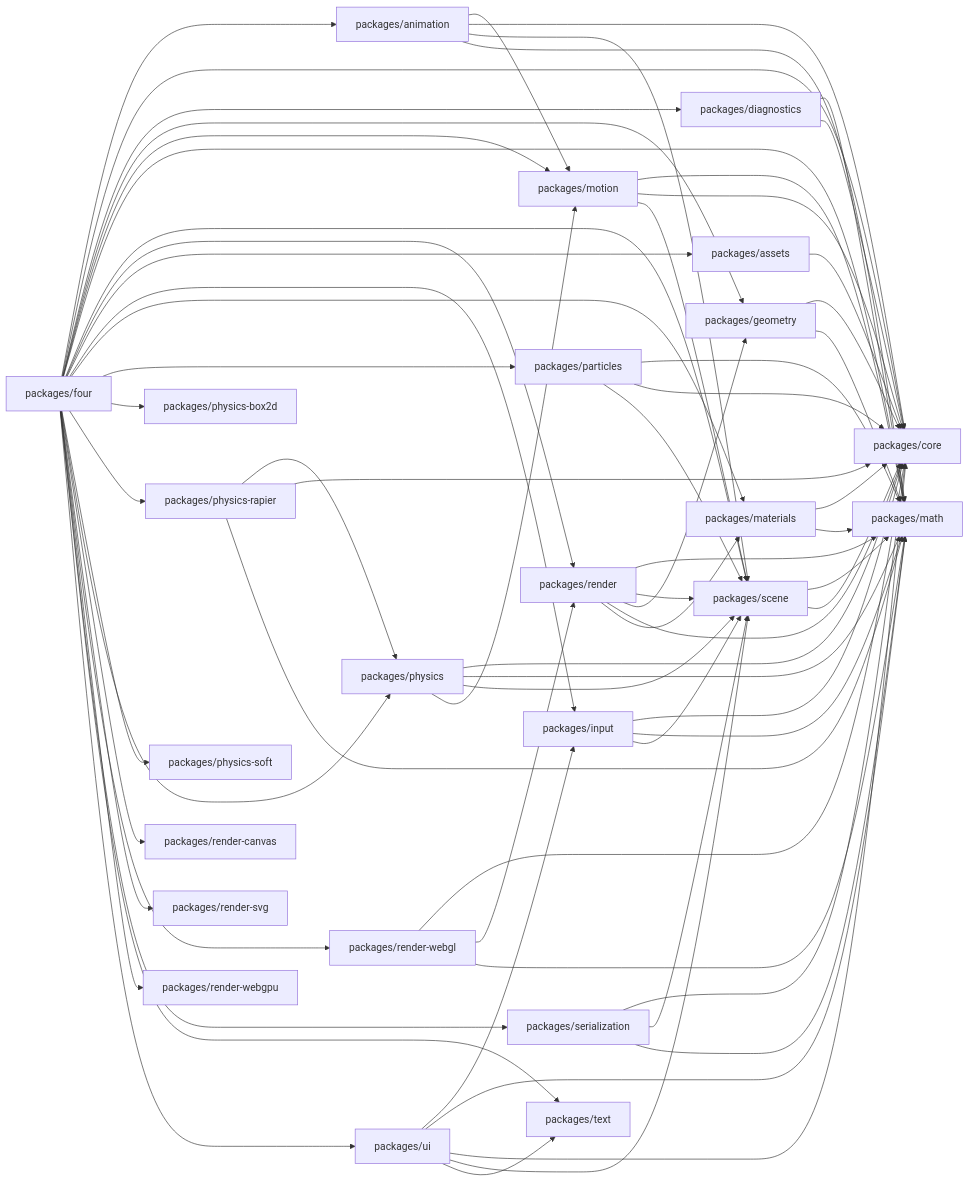
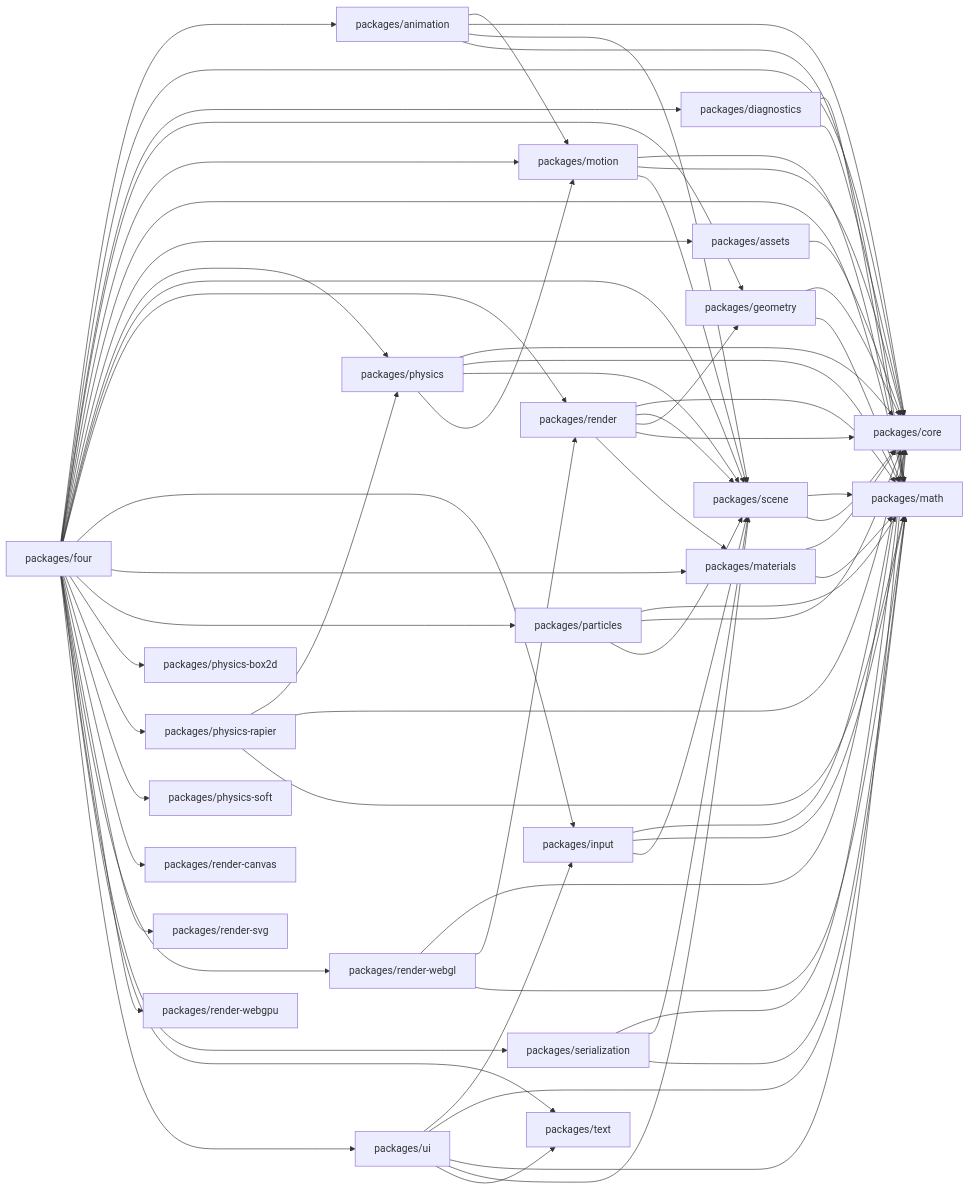
One commit to danielsimonjr/four.js changed the first of 2 diagrams in docs/Architecture/DEPENDENCY_GRAPH.md. Above: the diagram before and after it, drawn with Mermaid. The commit also changed other lines of this file and 21 other files, not shown here.

```diff
--- a/docs/Architecture/DEPENDENCY_GRAPH.md
+++ b/docs/Architecture/DEPENDENCY_GRAPH.md
@@ -144,16 +144,16 @@
     P4 --> P5
     P4 --> P9
     P4 --> P8
+    P4 --> P1
+    P4 --> P11
     P4 --> P20
     P4 --> P15
-    P4 --> P1
     P4 --> P6
     P4 --> P7
     P4 --> P10
     P4 --> P12
     P4 --> P13
     P4 --> P14
-    P4 --> P11
     P4 --> P16
     P4 --> P17
     P4 --> P18
```
